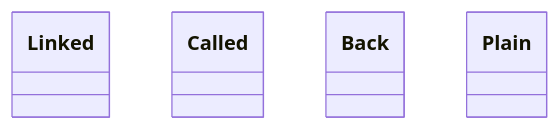
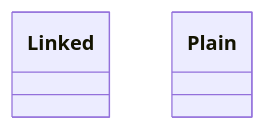
One commit to mermaid-js/mermaid-v13 changed the diagram in e2e/diagrams/class-diagram/baseline/classes/clickable.mmd. Above: the diagram before and after it, drawn with Mermaid. The commit also changed 8 other files, not shown here.

```diff
--- a/e2e/diagrams/class-diagram/baseline/classes/clickable.mmd
+++ b/e2e/diagrams/class-diagram/baseline/classes/clickable.mmd
@@ -1,11 +1,7 @@
 ---
-description: link, callback and click-call classes carry a pointer cursor; a plain class does not (#355, D605)
+description: link classes carry a pointer cursor; a plain class does not (#355, D605)
 ---
 classDiagram
   class Linked
-  class Called
-  class Back
   class Plain
   link Linked "https://example.com" "to Linked"
-  click Called call cb() "tip"
-  callback Back "cb" "tip"
```
